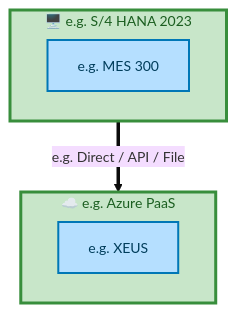
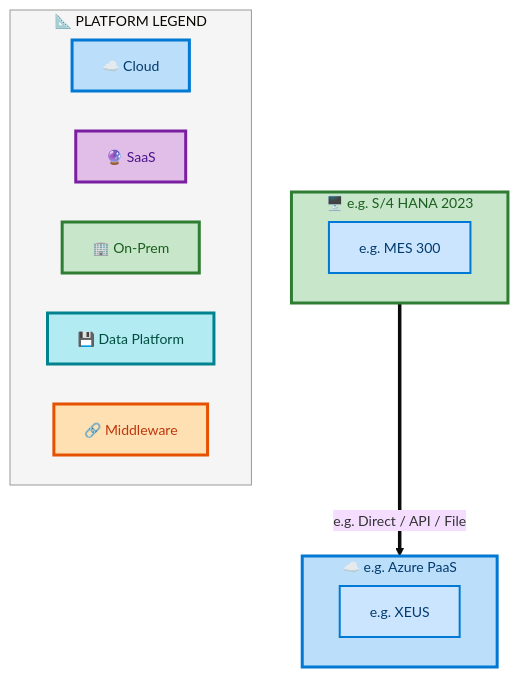
One commit to sajivfrancis777/IAO-Architecture changed diagram 11 of 11 in towers/E2E/Procure to Pay/E2E-44/output/docs/systems-architecture/E2E-44-Architecture.md. Above: the diagram before and after it, drawn with Mermaid. The commit also changed other lines of this file and 394 other files, not shown here.

First line of the commit message:
feat: structured layer ordering for Mermaid architecture diagrams

````diff
--- a/towers/E2E/Procure to Pay/E2E-44/output/docs/systems-architecture/E2E-44-Architecture.md
+++ b/towers/E2E/Procure to Pay/E2E-44/output/docs/systems-architecture/E2E-44-Architecture.md
@@ -1337,22 +1374,36 @@
 ```mermaid
 %%{init: {"theme": "base", "securityLevel": "loose", "themeVariables": {"fontSize": "14px", "fontFamily": "Segoe UI, Arial"}, "flowchart": {"useMaxWidth": false, "htmlLabels": true, "nodeSpacing": 40, "rankSpacing": 50}} }%%
 flowchart TB
-    classDef appBox fill:#B5DFFF,stroke:#0077B6,stroke-width:2px,color:#003D5B
-    classDef platBox fill:#C8E6C9,stroke:#388E3C,stroke-width:3px,color:#1B5E20
-    classDef eolBox fill:#FFB5B5,stroke:#CC0000,stroke-width:2px,color:#660000
+    classDef appBox fill:#CCE5FF,stroke:#0078D4,stroke-width:2px,color:#003A6C
+    classDef platBox fill:#C8E6C9,stroke:#2E7D32,stroke-width:3px,color:#1B5E20
+    classDef eolBox fill:#FFCDD2,stroke:#C62828,stroke-width:2px,color:#B71C1C
 
     subgraph E2E44FPLP_e_g_Azure_PaaS["☁️ e.g. Azure PaaS"]
         direction LR
         E2E44FPLA_e_g_XEUS["e.g. XEUS"]:::appBox
     end
-    style E2E44FPLP_e_g_Azure_PaaS fill:#C8E6C9,stroke:#388E3C,stroke-width:3px,color:#1B5E20
+    style E2E44FPLP_e_g_Azure_PaaS fill:#BBDEFB,stroke:#0078D4,stroke-width:3px,color:#003A6C
 
     subgraph E2E44FPLP_e_g_S_4_HANA_2023["🖥️ e.g. S/4 HANA 2023"]
         direction LR
         E2E44FPLA_e_g_MES_300["e.g. MES 300"]:::appBox
     end
-    style E2E44FPLP_e_g_S_4_HANA_2023 fill:#C8E6C9,stroke:#388E3C,stroke-width:3px,color:#1B5E20
+    style E2E44FPLP_e_g_S_4_HANA_2023 fill:#C8E6C9,stroke:#2E7D32,stroke-width:3px,color:#1B5E20
 
     E2E44FPLP_e_g_S_4_HANA_2023 ==>|"e.g. Direct / API / File"| E2E44FPLP_e_g_Azure_PaaS
 
+    subgraph E2E44FPLLegend["📐 PLATFORM LEGEND"]
+        direction LR
+        E2E44FPLLC["☁️ Cloud"]
+        E2E44FPLLS["🔮 SaaS"]
+        E2E44FPLLO["🏢 On-Prem"]
+        E2E44FPLLD["💾 Data Platform"]
+        E2E44FPLLM["🔗 Middleware"]
+    end
+    style E2E44FPLLegend fill:#F5F5F5,stroke:#999,stroke-width:1px
+    style E2E44FPLLC fill:#BBDEFB,stroke:#0078D4,stroke-width:3px,color:#003A6C
+    style E2E44FPLLS fill:#E1BEE7,stroke:#7B1FA2,stroke-width:3px,color:#4A148C
+    style E2E44FPLLO fill:#C8E6C9,stroke:#2E7D32,stroke-width:3px,color:#1B5E20
+    style E2E44FPLLD fill:#B2EBF2,stroke:#00838F,stroke-width:3px,color:#004D40
+    style E2E44FPLLM fill:#FFE0B2,stroke:#E65100,stroke-width:3px,color:#BF360C
 ```
````
